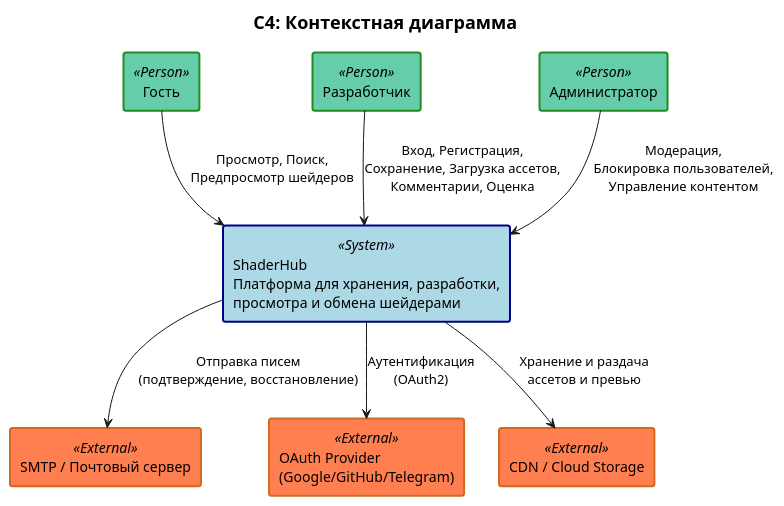
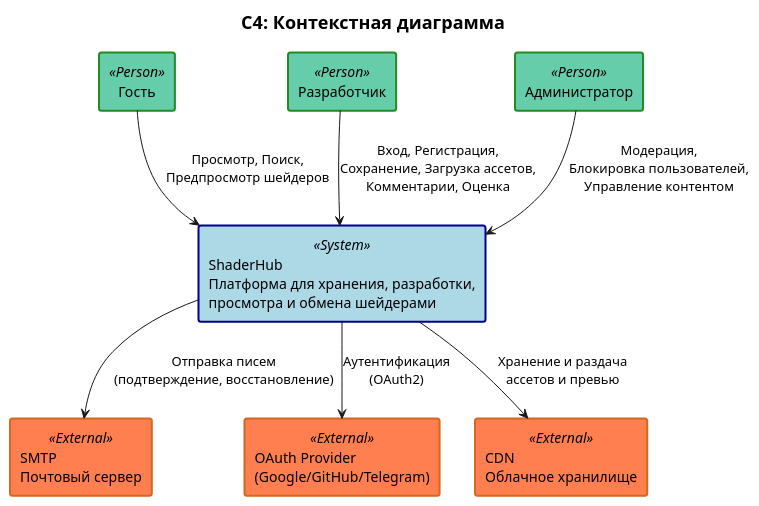
The diagram in docs/charts/c4/01-context/chart.wsd (Mihyich/ShaderHub), drawn with PlantUML before and after one commit. The commit also changed 1 other file, not shown here.

```diff
--- a/docs/charts/c4/01-context/chart.wsd
+++ b/docs/charts/c4/01-context/chart.wsd
@@ -1,96 +1,96 @@
 @startuml C4_Context
 
 skinparam sequenceMessageAlign center
 
 skinparam activity {
     BackgroundColor White
     BorderColor Black
     BorderThickness 2
     FontName "Arial"
     FontSize 12
 }
 
 skinparam title {
     FontSize 18
 }
 
 skinparam rectangle {
     BackgroundColor<<Person>> MediumAquaMarine
     BorderColor<<Person>> ForestGreen
 
     BackgroundColor<<System>> LightBlue
     BorderColor<<System>> DarkBlue
 
     BackgroundColor<<External>> Coral
     BorderColor<<External>> Chocolate
     
     BorderThickness 2
 }
 
 title C4: Контекстная диаграмма
 
 ' ============================================
 ' Элементы диаграммы
 ' ============================================
 
 ' Акторы
 rectangle "Гость" <<Person>> as Guest
 rectangle "Разработчик" <<Person>> as Developer
 rectangle "Администратор" <<Person>> as Admin
 
 ' ============================================
 ' Основная система
 ' ============================================
 rectangle "ShaderHub\nПлатформа для хранения, разработки,\nпросмотра и обмена шейдерами" <<System>> as ShaderHub
 
 ' ============================================
 ' Внешние системы
 ' ============================================
-rectangle "SMTP / Почтовый сервер" <<External>> as SMTP
+rectangle "SMTP\nПочтовый сервер" <<External>> as SMTP
 rectangle "OAuth Provider\n(Google/GitHub/Telegram)" <<External>> as OAuth
-rectangle "CDN / Cloud Storage" <<External>> as CDN
+rectangle "CDN\nОблачное хранилище" <<External>> as CDN
 
 ' ============================================
 ' Связи
 ' ============================================
 
 ' --- Гость ---
 Guest --> ShaderHub : "Просмотр, Поиск,\nПредпросмотр шейдеров"
 
 ' --- Разработчик (наследуется от Гостя + дополняется) ---
 Developer --> ShaderHub : "Вход, Регистрация,\nСохранение, Загрузка ассетов,\nКомментарии, Оценка"
 
 ' --- Администратор ---
 Admin --> ShaderHub : "Модерация,\nБлокировка пользователей,\nУправление контентом"
 
 ' --- Внешние интеграции ---
 ShaderHub --> SMTP : "Отправка писем\n(подтверждение, восстановление)"
 ShaderHub --> OAuth : "Аутентификация\n(OAuth2)"
 ShaderHub --> CDN : "Хранение и раздача\nассетов и превью"
 
 ' ' Основная система
 ' rectangle "ShaderHub" <<System>> as ShaderHub {
 ' }
 
 ' ' Внешние системы
 ' rectangle "🔗 GitHub/GitLab" <<External>> as Git
 ' rectangle "🔗 CDN (Cloudflare/AWS)" <<External>> as CDN
 ' rectangle "🔗 Auth Service" <<External>> as Auth
 ' rectangle "🔗 Discord/Telegram" <<External>> as Community
 
 ' ' ============================================
 ' ' Связи и потоки данных
 ' ' ============================================
 
 ' Developer --> ShaderHub : "Загружает/Скачивает шейдеры\n(HTTP/REST)"
 ' Artist --> ShaderHub : "Просматривает/\nТестирует шейдеры"
 ' Admin --> ShaderHub : "Управляет контентом\nи пользователями"
 
 ' ShaderHub --> Git : "Синхронизация репозиториев\n(Git API)"
 ' ShaderHub --> CDN : "Хранение и раздача\nассетов (HTTPS)"
 ' ShaderHub --> Auth : "Аутентификация\n(OAuth2/JWT)"
 ' ShaderHub --> Community : "Уведомления и\nанонсы (Webhook)"
 
 
 
 @enduml
```
